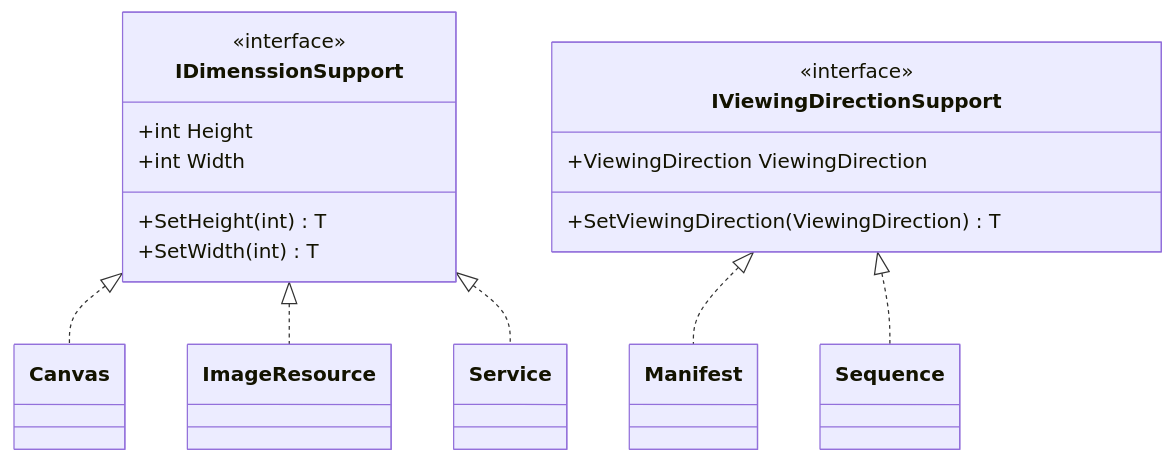
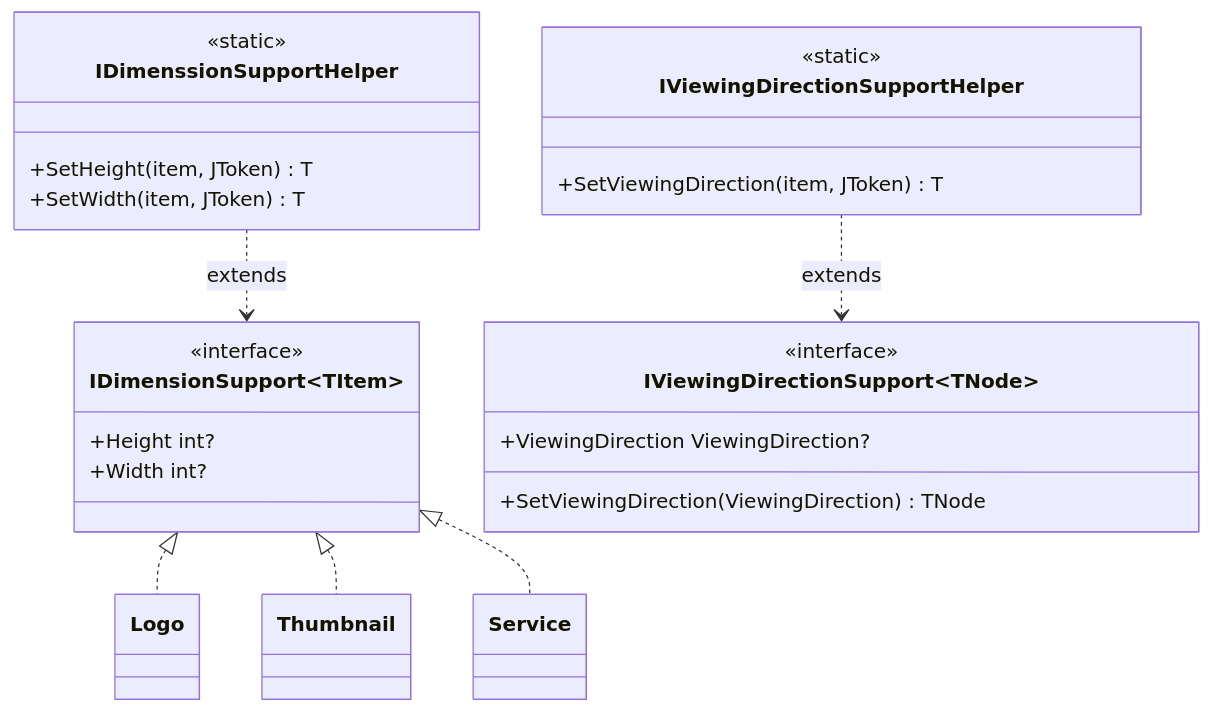
The diagram in docs/Properties/Interfaces/README.md (KiarashMinoo/IIIF.Manifest.Serializer.Net), drawn with Mermaid before and after one commit. The commit also changed other lines of this file and 70 other files, not shown here.

````diff
--- a/docs/Properties/Interfaces/README.md
+++ b/docs/Properties/Interfaces/README.md
@@ -35,23 +94,31 @@
 ```mermaid
 classDiagram
-    class IDimenssionSupport {
+    class IDimensionSupport~TItem~ {
         <<interface>>
-        +int Height
-        +int Width
-        +SetHeight(int) T
-        +SetWidth(int) T
+        +Height int?
+        +Width int?
     }
-    
-    class IViewingDirectionSupport {
+    class IDimenssionSupportHelper {
+        <<static>>
+        +SetHeight(item, JToken) T
+        +SetWidth(item, JToken) T
+    }
+    class IViewingDirectionSupport~TNode~ {
         <<interface>>
-        +ViewingDirection ViewingDirection
-        +SetViewingDirection(ViewingDirection) T
+        +ViewingDirection ViewingDirection?
+        +SetViewingDirection(ViewingDirection) TNode
     }
-    
-    IDimenssionSupport <|.. Canvas
-    IDimenssionSupport <|.. ImageResource
-    IDimenssionSupport <|.. Service
-    
-    IViewingDirectionSupport <|.. Manifest
-    IViewingDirectionSupport <|.. Sequence
+    class IViewingDirectionSupportHelper {
+        <<static>>
+        +SetViewingDirection(item, JToken) T
+    }
+    class Logo
+    class Thumbnail
+    class Service
+
+    IDimenssionSupportHelper ..> IDimensionSupport~TItem~ : extends
+    IDimensionSupport~TItem~ <|.. Logo
+    IDimensionSupport~TItem~ <|.. Thumbnail
+    IDimensionSupport~TItem~ <|.. Service
+    IViewingDirectionSupportHelper ..> IViewingDirectionSupport~TNode~ : extends
 ```
````
